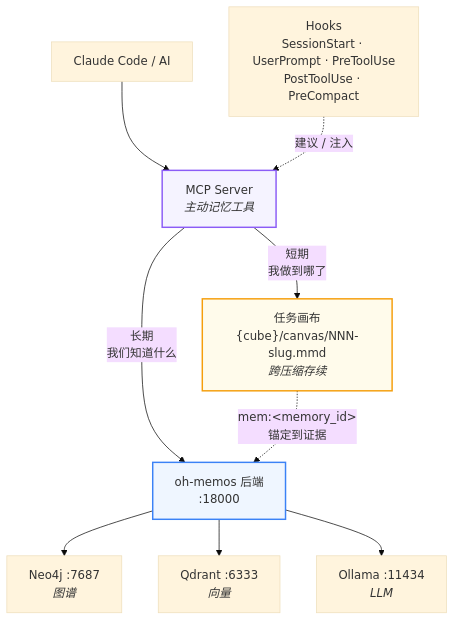
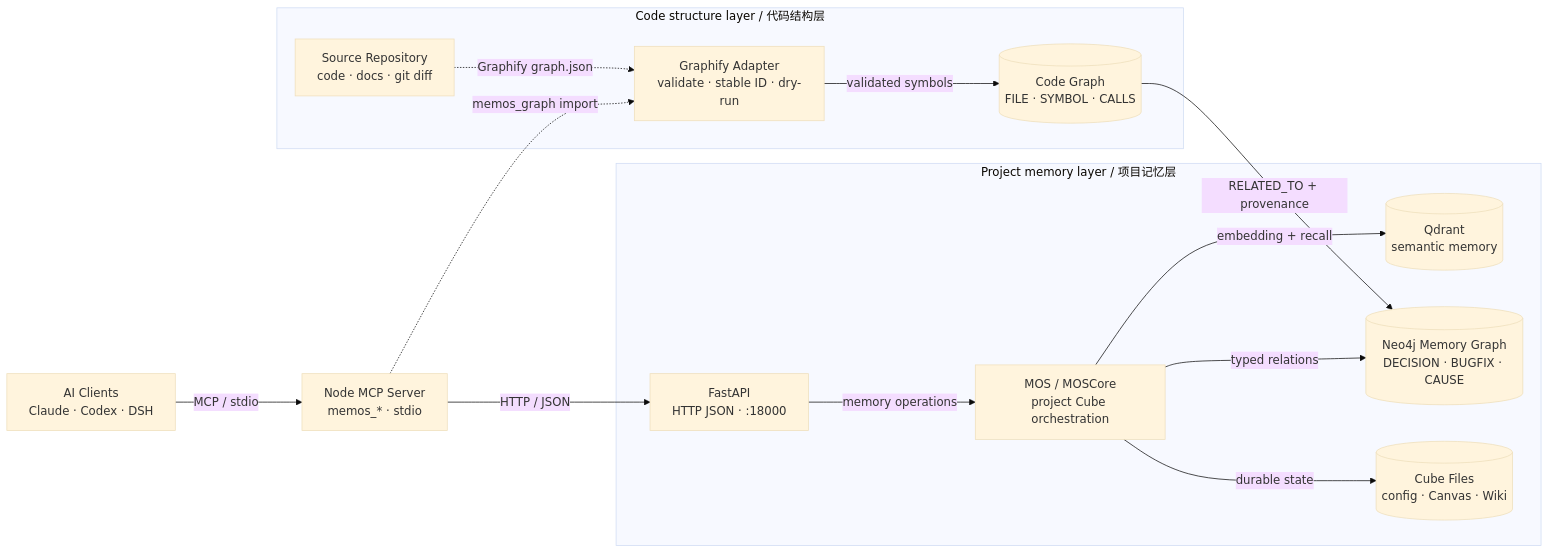
One commit to 1466109846/oh-memos changed the diagram in README_CN.md. Above: the diagram before and after it, drawn with Mermaid (base theme). The commit also changed other lines of this file and 138 other files, not shown here.

````diff
--- a/README_CN.md
+++ b/README_CN.md
@@ -27,22 +194,31 @@
 ```mermaid
-flowchart TB
-    AI["Claude Code / AI"]
-    HK["Hooks<br/>SessionStart · UserPrompt · PreToolUse<br/>PostToolUse · PreCompact"]
-    MCP["MCP Server<br/><i>主动记忆工具</i>"]
+flowchart LR
+    CLIENT["AI Clients<br/>Claude · Codex · DSH"]
+    MCP["Node MCP Server<br/>memos_* · stdio"]
 
-    AI --> MCP
-    HK -.->|"建议 / 注入"| MCP
+    subgraph CODE_LAYER["Code structure layer / 代码结构层"]
+        REPO["Source Repository<br/>code · docs · git diff"]
+        ADAPTER["Graphify Adapter<br/>validate · stable ID · dry-run"]
+        CODE_GRAPH[("Code Graph<br/>FILE · SYMBOL · CALLS")]
+    end
 
-    MCP -->|"长期<br/>我们知道什么"| API["oh-memos 后端<br/>:18000"]
-    MCP -->|"短期<br/>我做到哪了"| CV["任务画布<br/>{cube}/canvas/NNN-slug.mmd<br/><i>跨压缩存续</i>"]
+    subgraph MEMORY_LAYER["Project memory layer / 项目记忆层"]
+        API["FastAPI<br/>HTTP JSON · :18000"]
+        CORE["MOS / MOSCore<br/>project Cube orchestration"]
+        QDRANT[("Qdrant<br/>semantic memory")]
+        MEMORY_GRAPH[("Neo4j Memory Graph<br/>DECISION · BUGFIX · CAUSE")]
+        FILES[("Cube Files<br/>config · Canvas · Wiki")]
+    end
 
-    API --> NEO["Neo4j :7687<br/><i>图谱</i>"]
-    API --> QD["Qdrant :6333<br/><i>向量</i>"]
-    API --> OL["Ollama :11434<br/><i>LLM</i>"]
+    CLIENT -->|"MCP / stdio"| MCP
+    MCP -->|"HTTP / JSON"| API
+    API -->|"memory operations"| CORE
+    CORE -->|"embedding + recall"| QDRANT
+    CORE -->|"typed relations"| MEMORY_GRAPH
+    CORE -->|"durable state"| FILES
 
-    CV -.->|"mem:&lt;memory_id&gt;<br/>锚定到证据"| API
-
-    style CV fill:#fffbeb,stroke:#f59e0b,stroke-width:2px
-    style API fill:#eff6ff,stroke:#3b82f6,stroke-width:2px
-    style MCP fill:#f5f3ff,stroke:#8b5cf6,stroke-width:2px
+    REPO -. "Graphify graph.json" .-> ADAPTER
+    MCP -. "memos_graph import" .-> ADAPTER
+    ADAPTER -->|"validated symbols"| CODE_GRAPH
+    CODE_GRAPH -->|"RELATED_TO + provenance"| MEMORY_GRAPH
 ```
````
